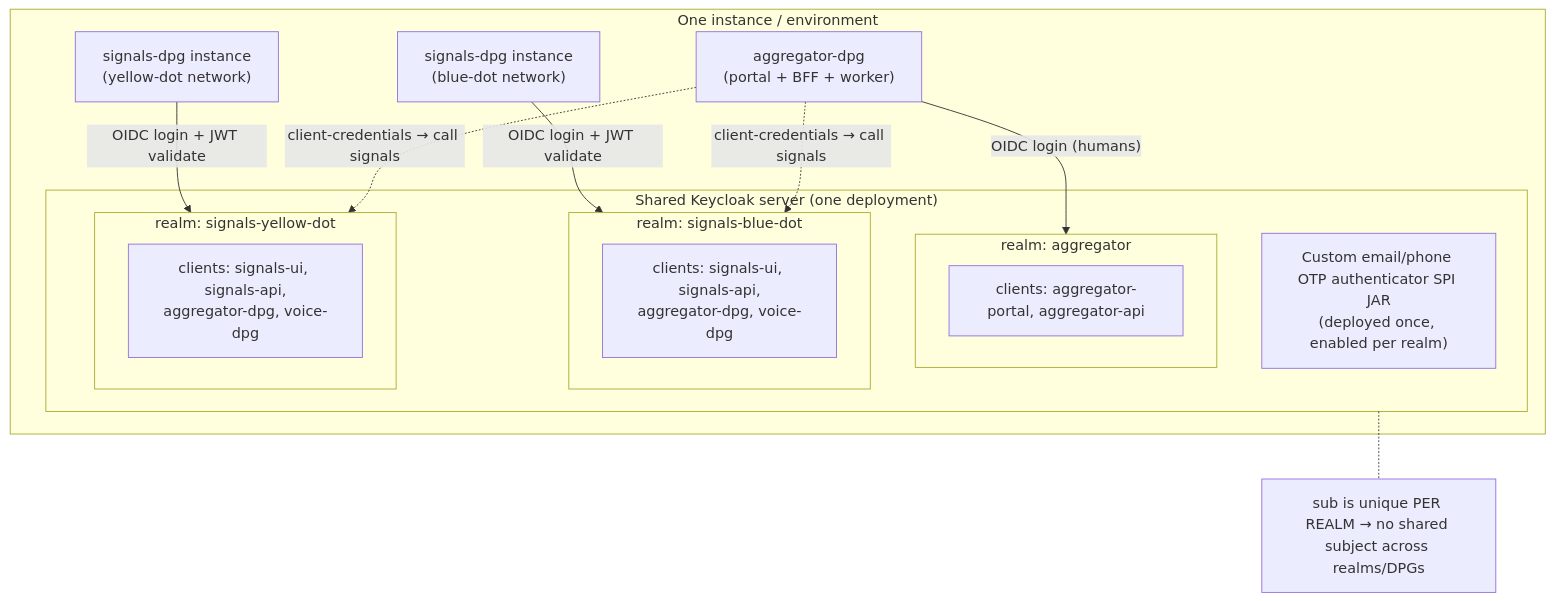
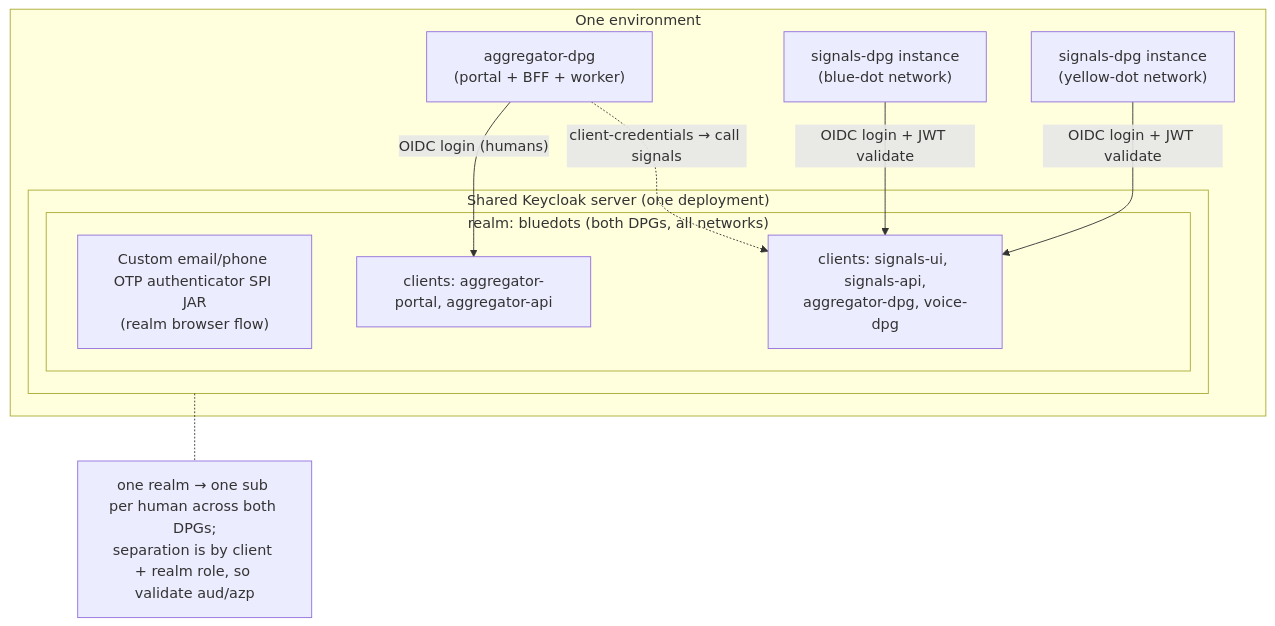
Before and after one commit to Blue-Dots-Economy/signals-dpg: the first of 2 diagrams in docs/superpowers/plans/2026-07-23-keycloak-migration-design.md, drawn with Mermaid. The commit also changed other lines of this file, not shown here.

````diff
--- a/docs/superpowers/plans/2026-07-23-keycloak-migration-design.md
+++ b/docs/superpowers/plans/2026-07-23-keycloak-migration-design.md
@@ -103,30 +103,24 @@
 ```mermaid
 graph TB
-    subgraph Instance["One instance / environment"]
+    subgraph Env["One environment"]
         subgraph KC["Shared Keycloak server (one deployment)"]
-            OTP["Custom email/phone OTP authenticator SPI JAR<br/>(deployed once, enabled per realm)"]
-            subgraph RA["realm: aggregator"]
-                RAc["clients: aggregator-portal, aggregator-api"]
-            end
-            subgraph RB["realm: signals-blue-dot"]
-                RBc["clients: signals-ui, signals-api,<br/>aggregator-dpg, voice-dpg"]
-            end
-            subgraph RY["realm: signals-yellow-dot"]
-                RYc["clients: signals-ui, signals-api,<br/>aggregator-dpg, voice-dpg"]
+            subgraph RS["realm: bluedots (both DPGs, all networks)"]
+                OTP["Custom email/phone OTP authenticator SPI JAR<br/>(realm browser flow)"]
+                RSa["clients: aggregator-portal, aggregator-api"]
+                RSs["clients: signals-ui, signals-api,<br/>aggregator-dpg, voice-dpg"]
             end
         end
 
         AGG["aggregator-dpg<br/>(portal + BFF + worker)"]
         SIGB["signals-dpg instance<br/>(blue-dot network)"]
         SIGY["signals-dpg instance<br/>(yellow-dot network)"]
 
-        AGG -->|"OIDC login (humans)"| RA
-        SIGB -->|"OIDC login + JWT validate"| RB
-        SIGY -->|"OIDC login + JWT validate"| RY
-        AGG -.->|"client-credentials → call signals"| RB
-        AGG -.->|"client-credentials → call signals"| RY
+        AGG -->|"OIDC login (humans)"| RSa
+        SIGB -->|"OIDC login + JWT validate"| RSs
+        SIGY -->|"OIDC login + JWT validate"| RSs
+        AGG -.->|"client-credentials → call signals"| RSs
     end
 
-    note["sub is unique PER REALM → no shared subject across realms/DPGs"]
+    note["one realm → one sub per human across both DPGs;<br/>separation is by client + realm role, so validate aud/azp"]
     KC -.- note
 ```
````
